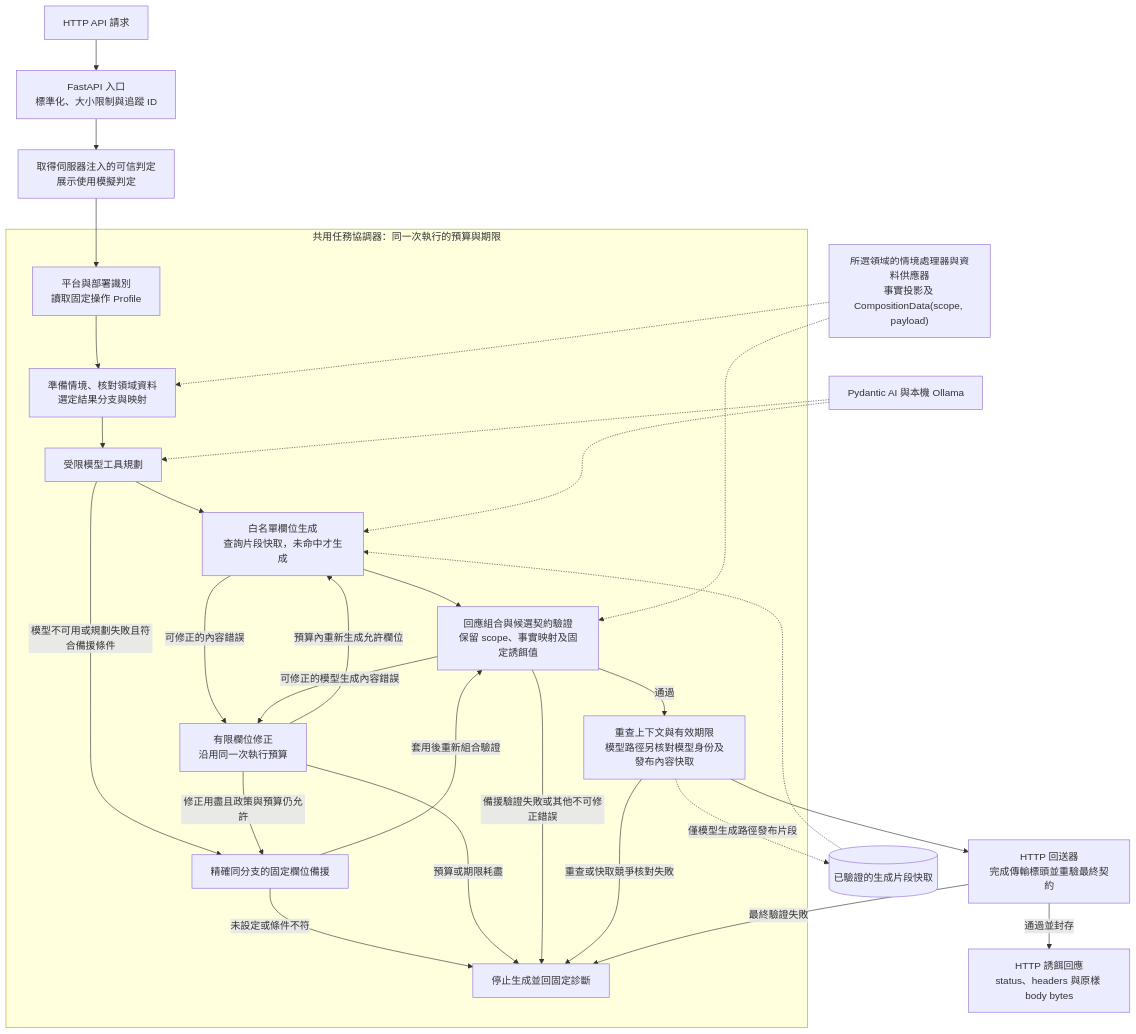
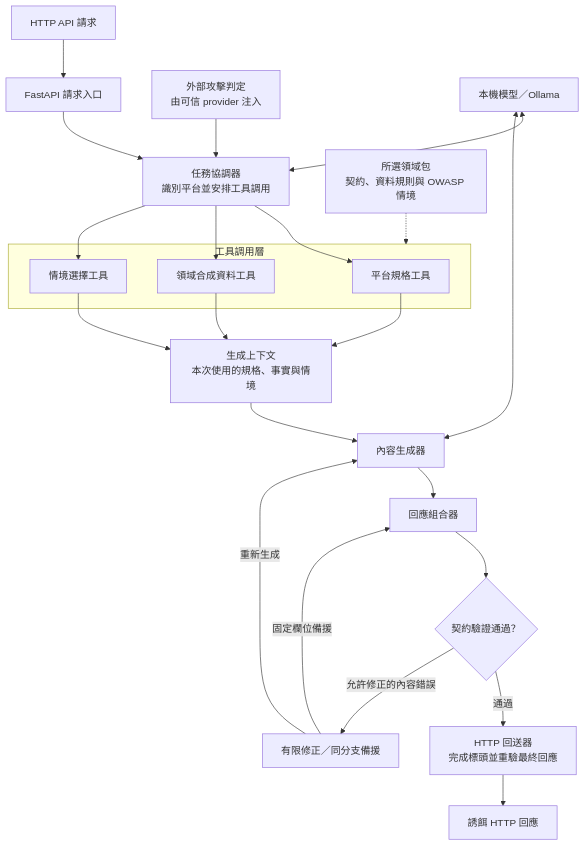
One commit to IAN40070510/Mirage_API changed the diagram in README.md. Above: the diagram before and after it, drawn with Mermaid. The commit also changed other lines of this file and 2 other files, not shown here.

Commit message:
docs: 更新 README 和架構文件，新增詳細架構與執行邊界說明

````diff
--- a/README.md
+++ b/README.md
@@ -40,35 +15,31 @@
 ```mermaid
 flowchart TB
-    request["HTTP API 請求"] --> ingress["FastAPI 入口<br/>標準化、大小限制與追蹤 ID"]
-    ingress --> assessment["取得伺服器注入的可信判定<br/>展示使用模擬判定"]
-    assessment --> identify
+    request["HTTP API 請求"] --> ingress["FastAPI 請求入口"]
+    ingress --> orchestrator["任務協調器<br/>識別平台並安排工具調用"]
+    assessment["外部攻擊判定<br/>由可信 provider 注入"] --> orchestrator
 
-    subgraph orchestration["共用任務協調器：同一次執行的預算與期限"]
-        identify["平台與部署識別<br/>讀取固定操作 Profile"] --> scenario["準備情境、核對領域資料<br/>選定結果分支與映射"]
-        scenario --> planning["受限模型工具規劃"]
-        planning --> content["白名單欄位生成<br/>查詢片段快取，未命中才生成"]
-        content --> candidate["回應組合與候選契約驗證<br/>保留 scope、事實映射及固定誘餌值"]
-        candidate -->|通過| checked["重查上下文與有效期限<br/>模型路徑另核對模型身份及發布內容快取"]
-        planning -->|模型不可用或規劃失敗且符合備援條件| fallback["精確同分支的固定欄位備援"]
-        recovery["有限欄位修正<br/>沿用同一次執行預算"]
-        content -->|可修正的內容錯誤| recovery
-        candidate -->|可修正的模型生成內容錯誤| recovery
-        recovery -->|預算內重新生成允許欄位| content
-        recovery -->|修正用盡且政策與預算仍允許| fallback
-        fallback -->|套用後重新組合驗證| candidate
-        fallback -->|未設定或條件不符| failure["停止生成並回固定診斷"]
-        recovery -->|預算或期限耗盡| failure
-        candidate -->|備援驗證失敗或其他不可修正錯誤| failure
-        checked -->|重查或快取競爭核對失敗| failure
+    subgraph tools["工具調用層"]
+        profile["平台規格工具"]
+        data["領域合成資料工具"]
+        scenario["情境選擇工具"]
     end
 
-    provider["所選領域的情境處理器與資料供應器<br/>事實投影及 CompositionData(scope, payload)"] -.-> scenario
-    provider -.-> candidate
-    model["Pydantic AI 與本機 Ollama"] -.-> planning
-    model -.-> content
-    cache[("已驗證的生成片段快取")] -.-> content
-    checked -.->|僅模型生成路徑發布片段| cache
-    checked --> renderer["HTTP 回送器<br/>完成傳輸標頭並重驗最終契約"]
-    renderer -->|通過並封存| response["HTTP 誘餌回應<br/>status、headers 與原樣 body bytes"]
-    renderer -->|最終驗證失敗| failure
+    orchestrator --> profile
+    orchestrator --> data
+    orchestrator --> scenario
+    profile --> context["生成上下文<br/>本次使用的規格、事實與情境"]
+    data --> context
+    scenario --> context
+    context --> generate["內容生成器"]
+    model["本機模型／Ollama"] <--> orchestrator
+    model <--> generate
+    generate --> compose["回應組合器"]
+    compose --> validate{"契約驗證通過？"}
+    validate -->|通過| render["HTTP 回送器<br/>完成標頭並重驗最終回應"]
+    render --> response["誘餌 HTTP 回應"]
+    validate -->|允許修正的內容錯誤| recover["有限修正／同分支備援"]
+    recover -->|重新生成| generate
+    recover -->|固定欄位備援| compose
+
+    domain["所選領域包<br/>契約、資料規則與 OWASP 情境"] -.-> tools
 ```
````
